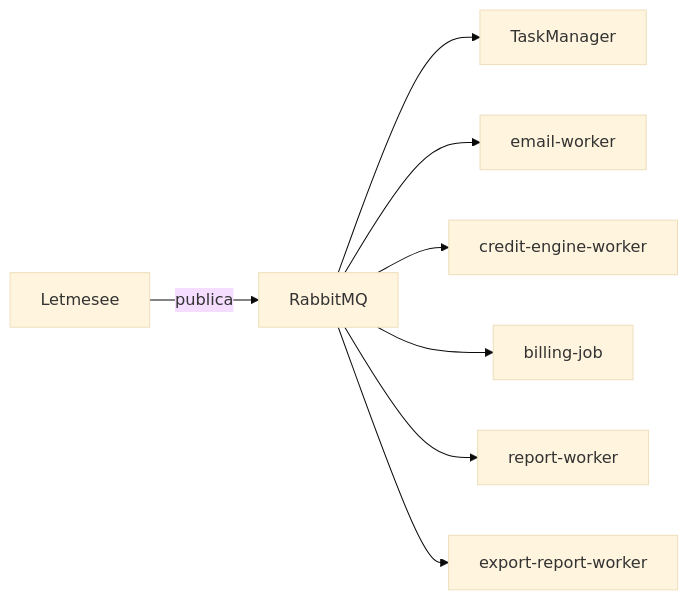
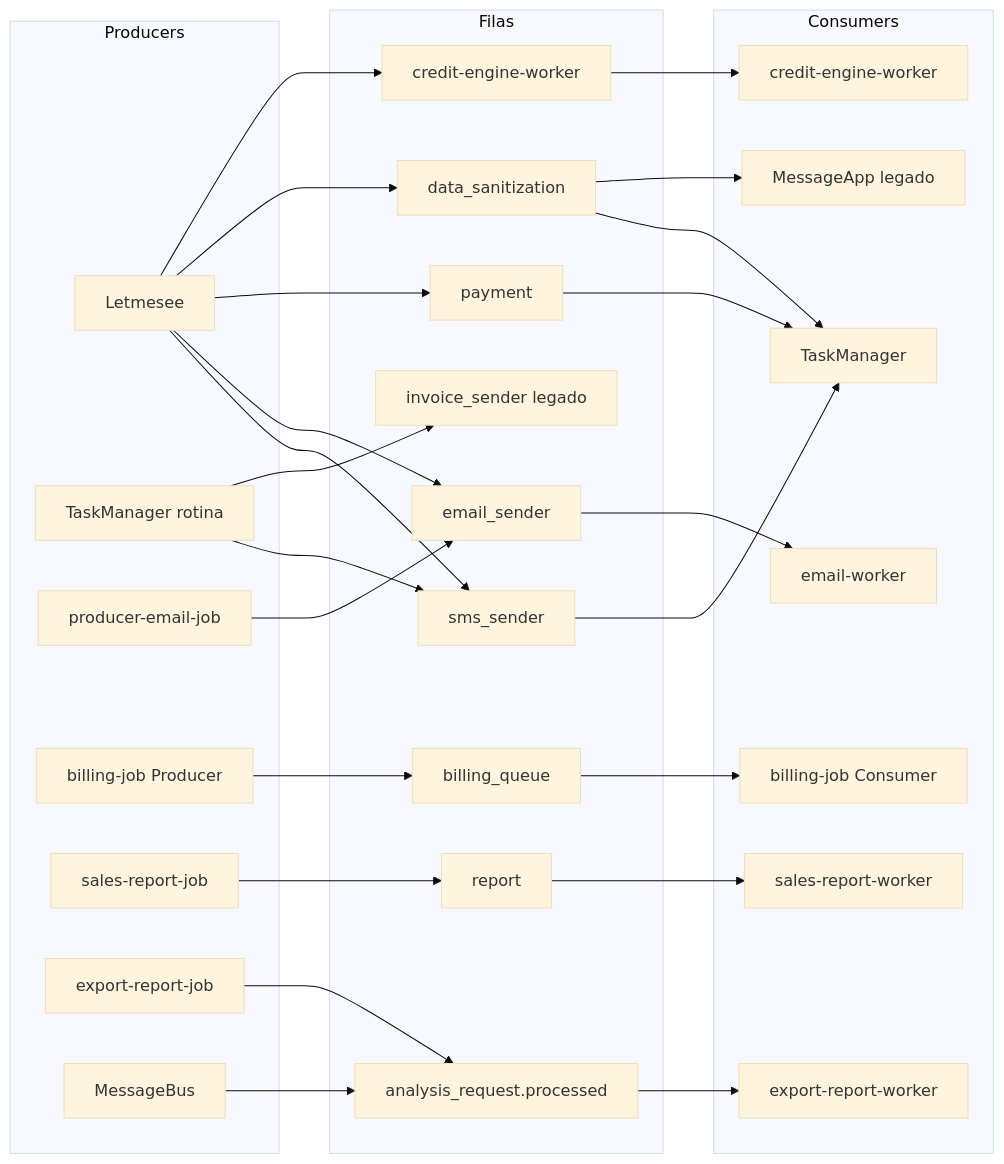
Before and after one commit to arthurvalentereis/lenext-docs: the diagram in docs/diagrams/event-flows.mmd, drawn with Mermaid (base theme). The commit also changed 85 other files, not shown here.

```diff
--- a/docs/diagrams/event-flows.mmd
+++ b/docs/diagrams/event-flows.mmd
@@ -1,8 +1,55 @@
 flowchart LR
-    LMS[Letmesee] -->|publica| RMQ[RabbitMQ]
-    RMQ --> TM[TaskManager]
-    RMQ --> EmailW[email-worker]
-    RMQ --> CEW[credit-engine-worker]
-    RMQ --> BillingJ[billing-job]
-    RMQ --> ReportW[report-worker]
-    RMQ --> ExportW[export-report-worker]
+    subgraph producers [Producers]
+        LMS[Letmesee]
+        TM[TaskManager rotina]
+        EmailJob[producer-email-job]
+        BillingJob[billing-job Producer]
+        ReportJob[sales-report-job]
+        ExportJob[export-report-job]
+        MB[MessageBus]
+    end
+
+    subgraph queues [Filas]
+        Q1[sms_sender]
+        Q2[email_sender]
+        Q3[payment]
+        Q4[data_sanitization]
+        Q5[credit-engine-worker]
+        Q6[billing_queue]
+        Q7[report]
+        Q8[analysis_request.processed]
+        Q9[invoice_sender legado]
+    end
+
+    subgraph consumers [Consumers]
+        TM_C[TaskManager]
+        EmailW[email-worker]
+        CEW[credit-engine-worker]
+        BillingC[billing-job Consumer]
+        ReportW[sales-report-worker]
+        ExportW[export-report-worker]
+        MsgApp[MessageApp legado]
+    end
+
+    LMS --> Q1
+    LMS --> Q2
+    LMS --> Q3
+    LMS --> Q4
+    LMS --> Q5
+    TM --> Q1
+    TM --> Q9
+    EmailJob --> Q2
+    BillingJob --> Q6
+    ReportJob --> Q7
+    ExportJob --> Q8
+    MB --> Q8
+
+    Q1 --> TM_C
+    Q3 --> TM_C
+    Q4 --> TM_C
+    Q2 --> EmailW
+    Q5 --> CEW
+    Q6 --> BillingC
+    Q7 --> ReportW
+    Q8 --> ExportW
+    Q4 --> MsgApp
```
